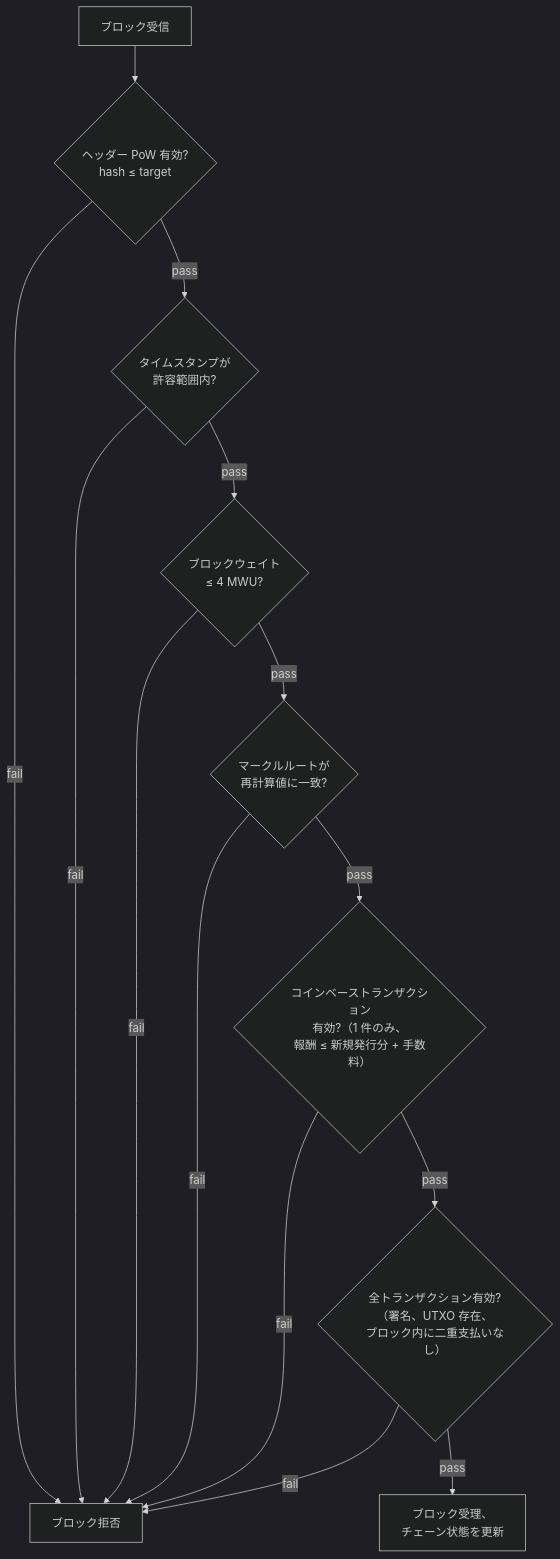
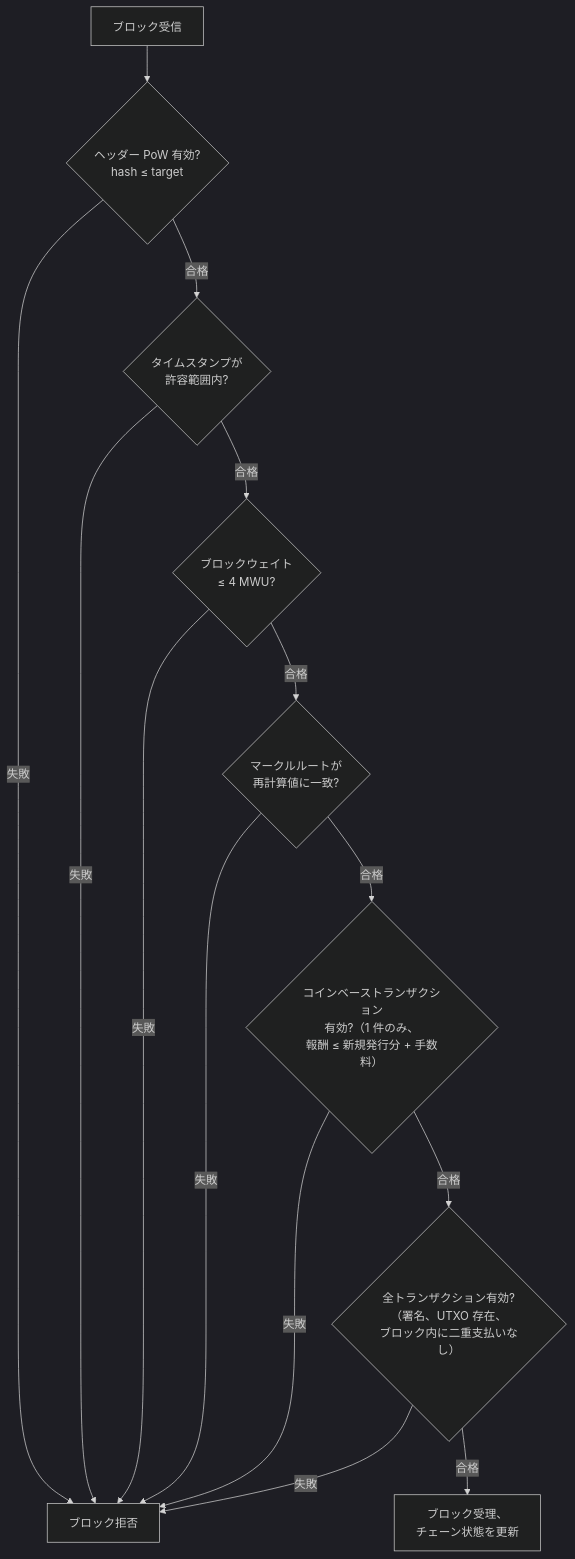
One commit to cypher256/BitcoinArchive changed the third of 5 diagrams in src/data/translations/ja/design/2009-01-03-bitcoin-consensus-design.md. Above: the diagram before and after it, drawn with Mermaid (dark theme). The commit also changed other lines of this file and 7 other files, not shown here.

````diff
--- a/src/data/translations/ja/design/2009-01-03-bitcoin-consensus-design.md
+++ b/src/data/translations/ja/design/2009-01-03-bitcoin-consensus-design.md
@@ -121,16 +121,16 @@
 ```mermaid
 flowchart TD
     RECV["ブロック受信"] --> POW{"ヘッダー PoW 有効?\nhash ≤ target"}
-    POW -- "fail" --> REJECT["ブロック拒否"]
-    POW -- "pass" --> TS{"タイムスタンプが\n許容範囲内?"}
-    TS -- "fail" --> REJECT
-    TS -- "pass" --> SIZE{"ブロックウェイト\n≤ 4 MWU?"}
-    SIZE -- "fail" --> REJECT
-    SIZE -- "pass" --> MERKLE{"マークルルートが\n再計算値に一致?"}
-    MERKLE -- "fail" --> REJECT
-    MERKLE -- "pass" --> CB{"コインベーストランザクション\n有効?（1 件のみ、\n報酬 ≤ 新規発行分 + 手数料）"}
-    CB -- "fail" --> REJECT
-    CB -- "pass" --> TXS{"全トランザクション有効?\n（署名、UTXO 存在、\nブロック内に二重支払いなし）"}
-    TXS -- "fail" --> REJECT
-    TXS -- "pass" --> ACCEPT["ブロック受理、\nチェーン状態を更新"]
+    POW -- "失敗" --> REJECT["ブロック拒否"]
+    POW -- "合格" --> TS{"タイムスタンプが\n許容範囲内?"}
+    TS -- "失敗" --> REJECT
+    TS -- "合格" --> SIZE{"ブロックウェイト\n≤ 4 MWU?"}
+    SIZE -- "失敗" --> REJECT
+    SIZE -- "合格" --> MERKLE{"マークルルートが\n再計算値に一致?"}
+    MERKLE -- "失敗" --> REJECT
+    MERKLE -- "合格" --> CB{"コインベーストランザクション\n有効?（1 件のみ、\n報酬 ≤ 新規発行分 + 手数料）"}
+    CB -- "失敗" --> REJECT
+    CB -- "合格" --> TXS{"全トランザクション有効?\n（署名、UTXO 存在、\nブロック内に二重支払いなし）"}
+    TXS -- "失敗" --> REJECT
+    TXS -- "合格" --> ACCEPT["ブロック受理、\nチェーン状態を更新"]
 ```
````
